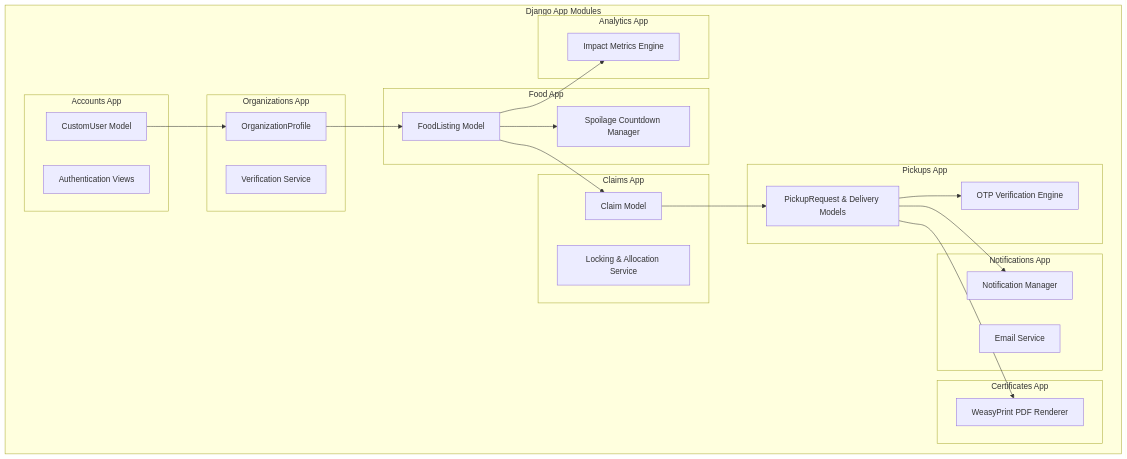
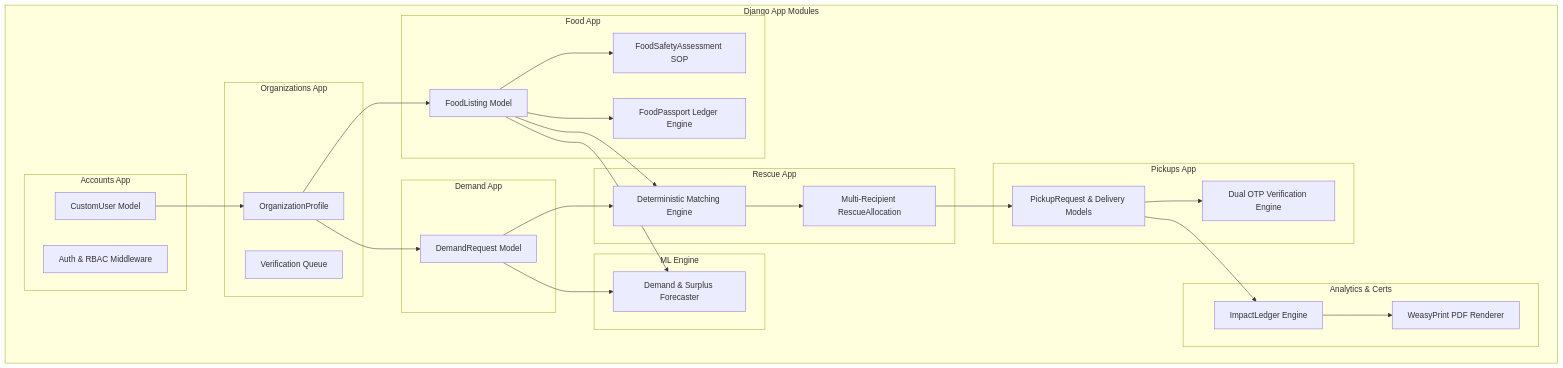
The second of 6 diagrams in 03_SANJOG_System_Architecture.md (pewdiepie4259/SANJOG), drawn with Mermaid before and after one commit. The commit also changed other lines of this file and 8 other files, not shown here.

Commit message:
docs: update SANJOG Food Rescue OS architecture, PRD, SRS, UI/UX, database design, test plan, and development pipeline

````diff
--- a/03_SANJOG_System_Architecture.md
+++ b/03_SANJOG_System_Architecture.md
@@ -70,52 +74,56 @@
 ```mermaid
 graph TB
     subgraph Django App Modules
         subgraph Accounts App
             M1[CustomUser Model]
-            M2[Authentication Views]
+            M2[Auth & RBAC Middleware]
         end
         
         subgraph Organizations App
             M3[OrganizationProfile]
-            M4[Verification Service]
+            M4[Verification Queue]
         end
         
         subgraph Food App
             M5[FoodListing Model]
-            M6[Spoilage Countdown Manager]
+            M6[FoodSafetyAssessment SOP]
+            M7[FoodPassport Ledger Engine]
+        end
+
+        subgraph Demand App
+            M8[DemandRequest Model]
         end
         
-        subgraph Claims App
-            M7[Claim Model]
-            M8[Locking & Allocation Service]
+        subgraph Rescue App
+            M9[Deterministic Matching Engine]
+            M10[Multi-Recipient RescueAllocation]
         end
 
         subgraph Pickups App
-            M9[PickupRequest & Delivery Models]
-            M10[OTP Verification Engine]
+            M11[PickupRequest & Delivery Models]
+            M12[Dual OTP Verification Engine]
         end
 
-        subgraph Notifications App
-            M11[Notification Manager]
-            M12[Email Service]
+        subgraph Analytics & Certs
+            M13[ImpactLedger Engine]
+            M14[WeasyPrint PDF Renderer]
         end
 
-        subgraph Certificates App
-            M13[WeasyPrint PDF Renderer]
-        end
-        
-        subgraph Analytics App
-            M14[Impact Metrics Engine]
+        subgraph ML Engine
+            M15[Demand & Surplus Forecaster]
         end
     end
 
     M1 --> M3
     M3 --> M5
+    M3 --> M8
+    M5 --> M6
     M5 --> M7
-    M7 --> M9
+    M5 & M8 --> M9
     M9 --> M10
-    M5 --> M6
-    M9 --> M11
-    M9 --> M13
-    M5 --> M14
+    M10 --> M11
+    M11 --> M12
+    M11 --> M13
+    M13 --> M14
+    M8 & M5 --> M15
 ```
````
